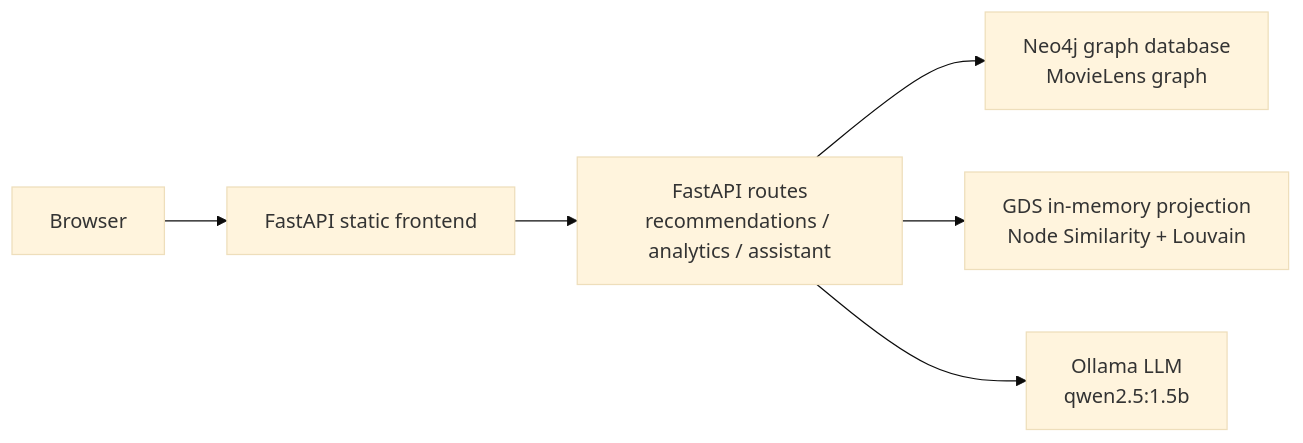
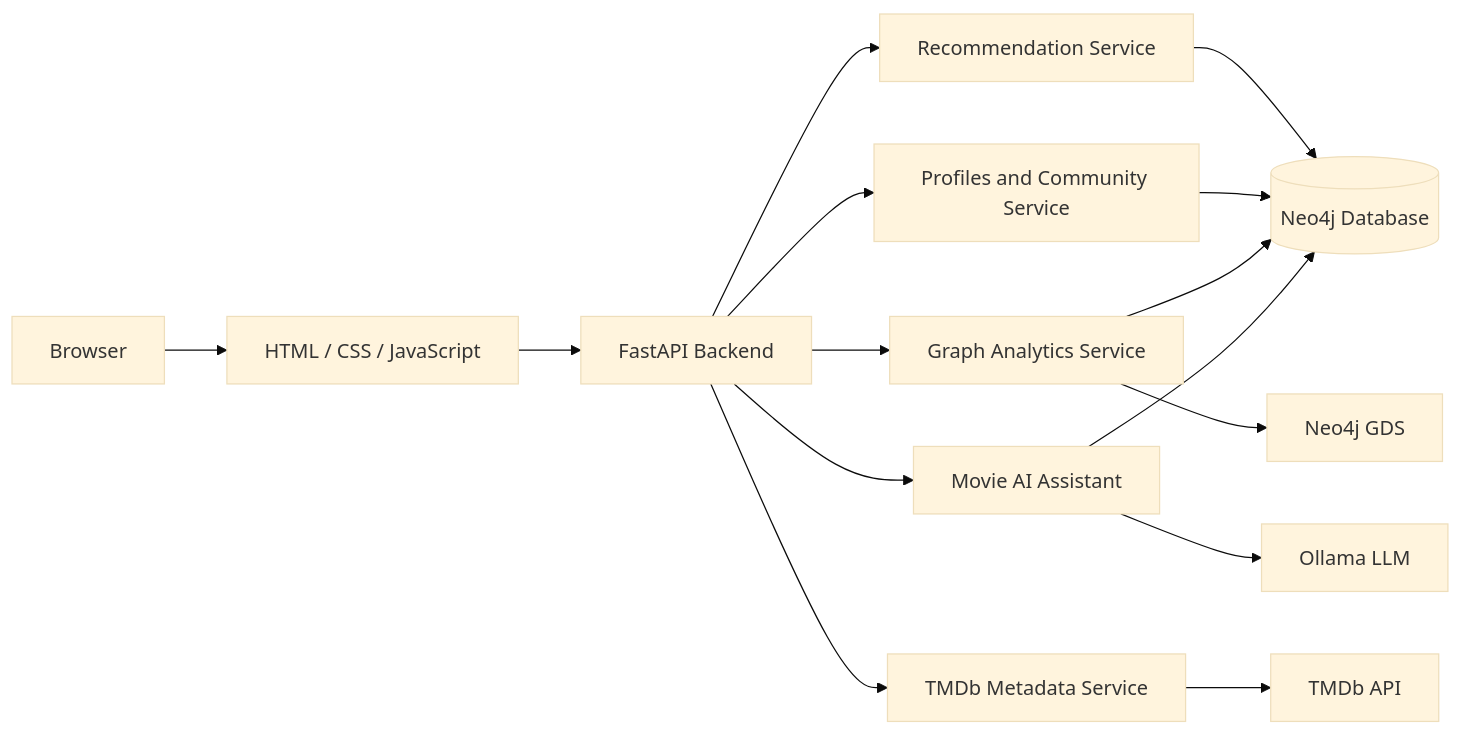
Before and after one commit to AmelieR22/TheScreeningRoom: the first of 2 diagrams in documentation/architecture.md, drawn with Mermaid (base theme). The commit also changed other lines of this file, not shown here.

Commit message:
Update architecture documentation for completed project

````diff
--- a/documentation/architecture.md
+++ b/documentation/architecture.md
@@ -11,8 +22,19 @@
 ```mermaid
 flowchart LR
-    User[Browser] --> Frontend[FastAPI static frontend]
-    Frontend --> API[FastAPI routes\nrecommendations / analytics / assistant]
-    API --> Neo4j[Neo4j graph database\nMovieLens graph]
-    API --> GDS[GDS in-memory projection\nNode Similarity + Louvain]
-    API --> Ollama[Ollama LLM\nqwen2.5:1.5b]
+    User[Browser] --> UI[HTML / CSS / JavaScript]
+    UI --> API[FastAPI Backend]
+
+    API --> Rec[Recommendation Service]
+    API --> Profiles[Profiles and Community Service]
+    API --> Analytics[Graph Analytics Service]
+    API --> Assistant[Movie AI Assistant]
+    API --> TMDb[TMDb Metadata Service]
+
+    Rec --> Neo4j[(Neo4j Database)]
+    Profiles --> Neo4j
+    Analytics --> Neo4j
+    Analytics --> GDS[Neo4j GDS]
+    Assistant --> Ollama[Ollama LLM]
+    Assistant --> Neo4j
+    TMDb --> External[TMDb API]
 ```
````
